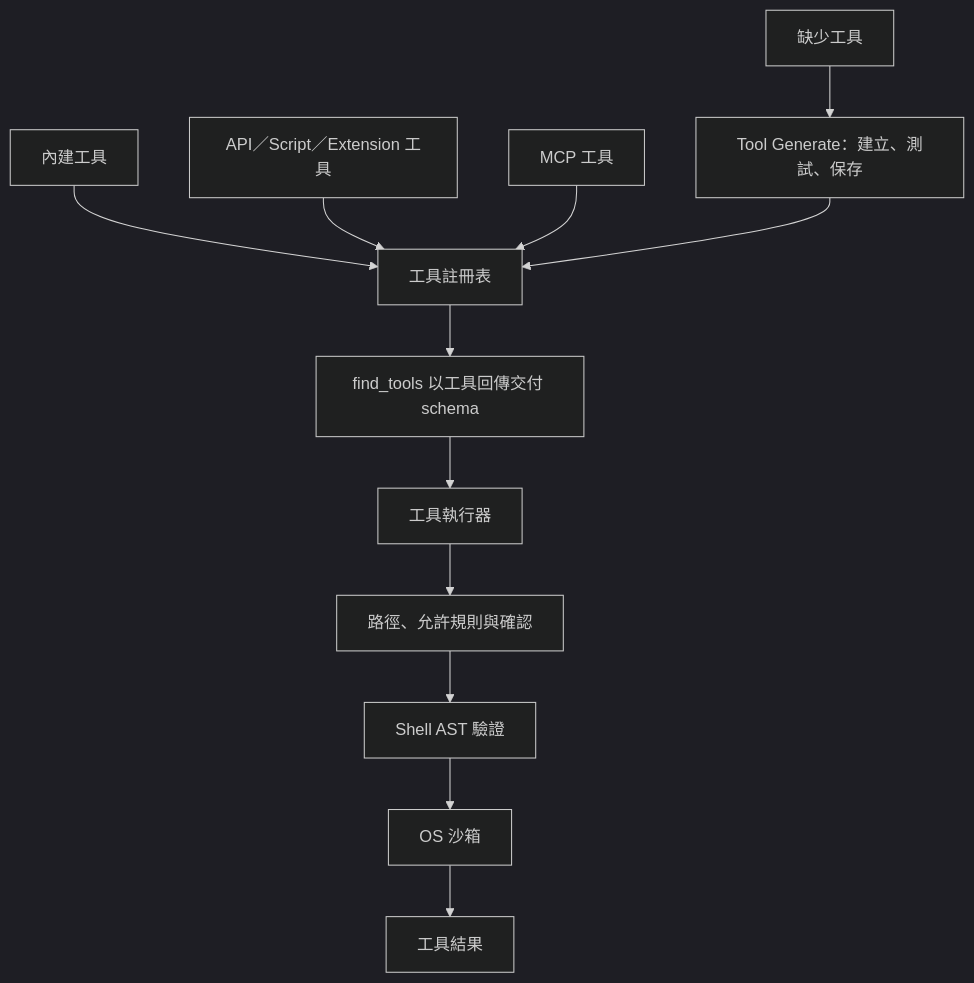
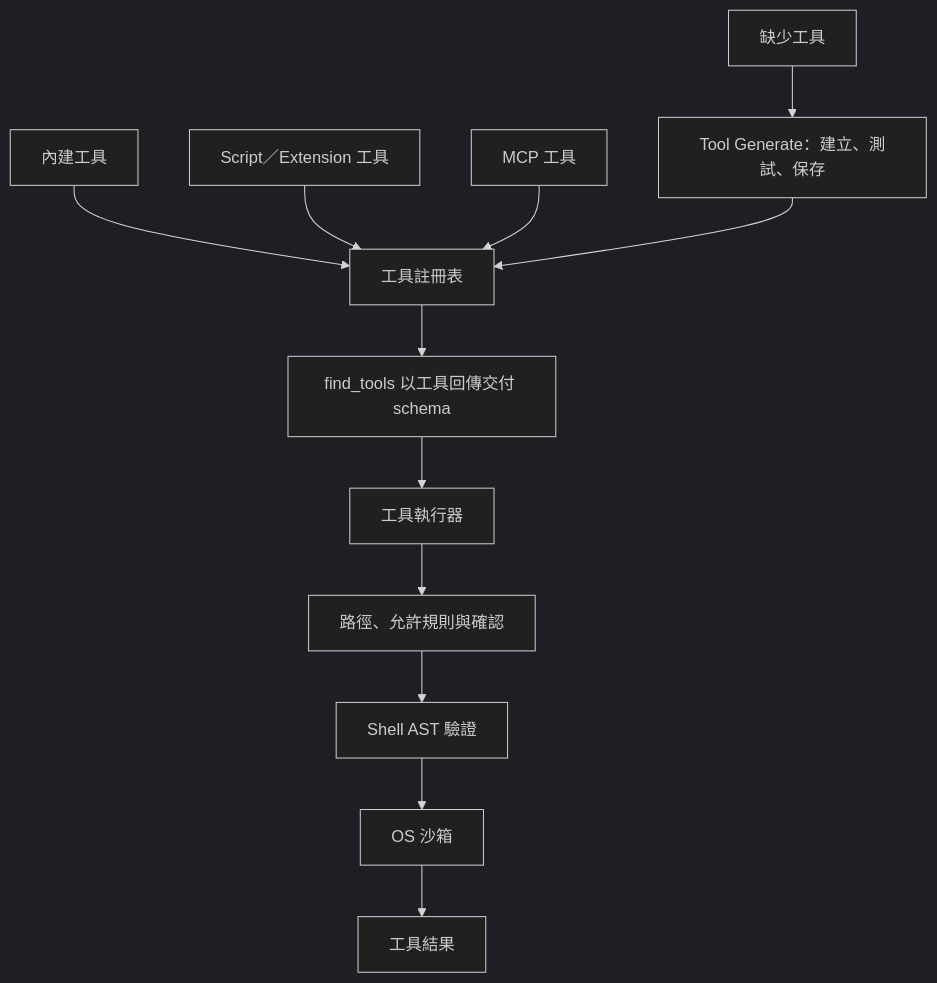
Before and after one commit to pardnchiu/Agenvoy: the sixth of 10 diagrams in doc/architecture.zh.md, drawn with Mermaid (dark theme). The commit also changed other lines of this file and 5 other files, not shown here.

Commit message:
doc: Update README and architecture docs for public API lookup, sudo/sandbox escalation, background_command and decision model dispatch

````diff
--- a/doc/architecture.zh.md
+++ b/doc/architecture.zh.md
@@ -138,14 +138,14 @@
 ```mermaid
 graph TB
     Builtins[內建工具] --> Registry[工具註冊表]
-    Local[API／Script／Extension 工具] --> Registry
+    Local[Script／Extension 工具] --> Registry
     Remote[MCP 工具] --> Registry
     Registry --> Discover[find_tools 以工具回傳交付 schema]
     Discover --> Execute[工具執行器]
     Execute --> Check[路徑、允許規則與確認]
     Check --> Shell[Shell AST 驗證]
     Shell --> Sandbox[OS 沙箱]
     Sandbox --> Result[工具結果]
     Missing[缺少工具] --> Generate[Tool Generate：建立、測試、保存]
     Generate --> Registry
 ```
````
